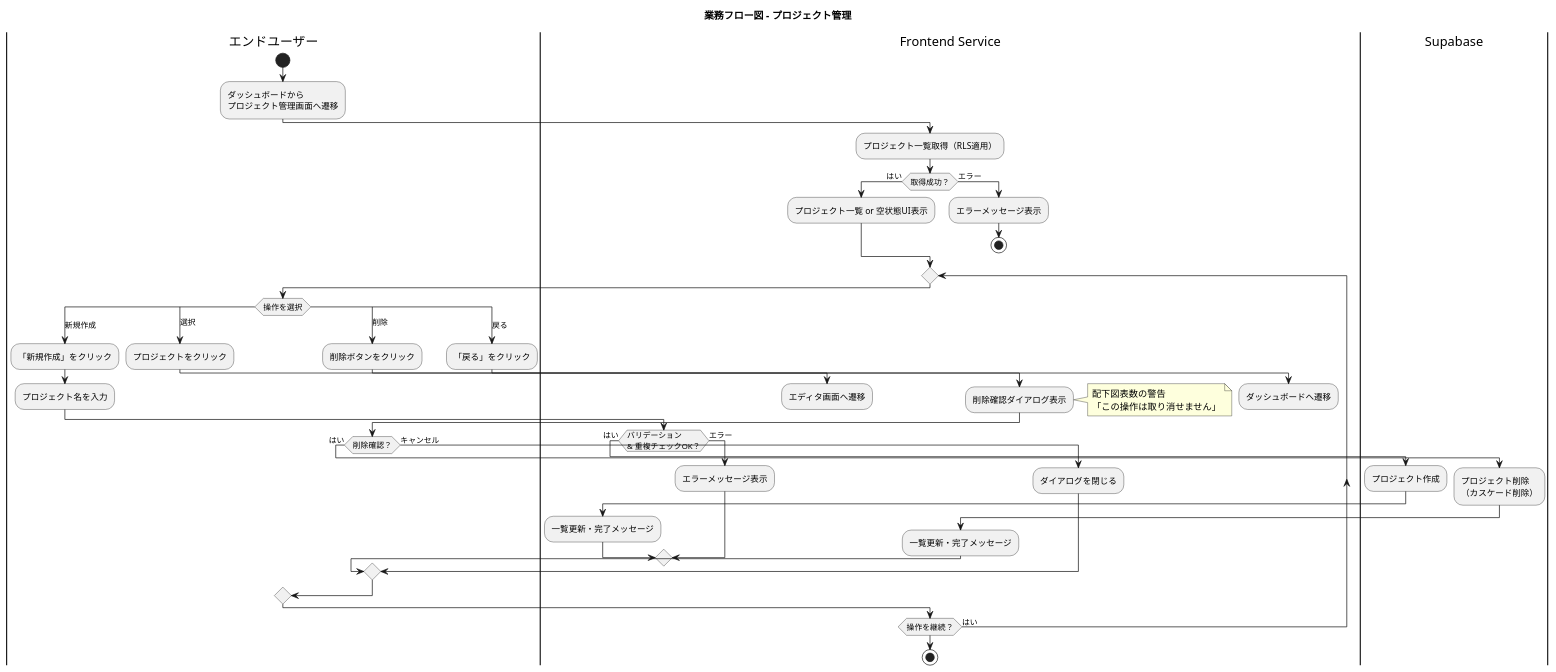
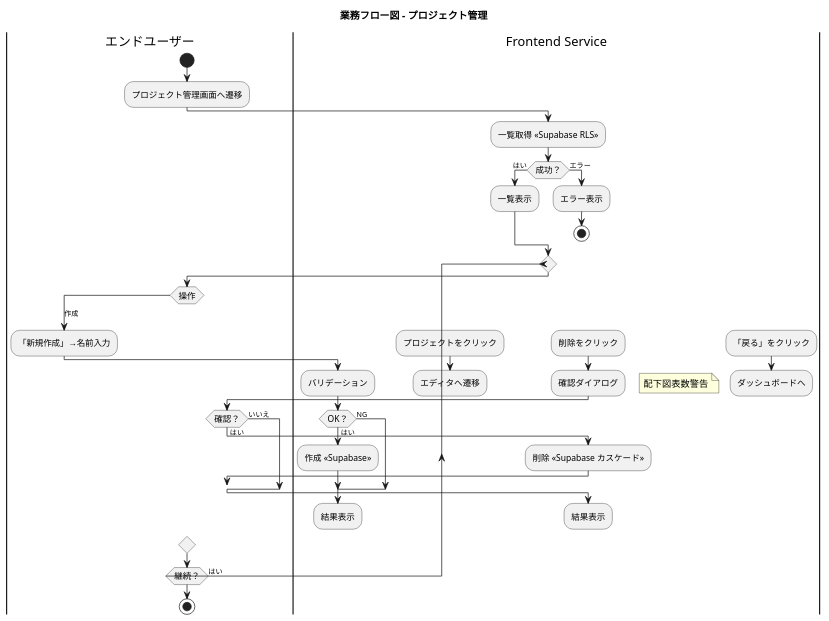
The fifth of 5 diagrams in docs/proposals/PlantUML_Studio_業務フロー図_20251201.md (yoshiwo3/PlantUML2_Opus4.5), drawn with PlantUML before and after one commit.

Commit message:
style(3.5): PlantUML視認性テクニックをフル活用
## 適用テクニック
- skinparam linetype ortho: 直角線のみ（斜め線排除）
- skinparam ConditionEndStyle hline: if終端を水平線化
- skinparam ActivityFontSize/ArrowFontSize: サイズ最適化
- Supabaseスイムレーン削除 → <<Supabase>>ステレオタイプ
- floating note: ノート配置最適化
- 空else分岐: 線の合流単純化

## 改善結果
- スイムレーン数: 3 → 2 (-33%)
- 水平遷移回数: 12 → 6 (-50%)
- 行数: 78 → 64 (-18%)
- 斜め接続線: 排除
- ダイヤモンド終端: 排除

🤖 Generated with [Claude Code](https://claude.com/claude-code)

````diff
--- a/docs/proposals/PlantUML_Studio_業務フロー図_20251201.md
+++ b/docs/proposals/PlantUML_Studio_業務フロー図_20251201.md
@@ -590,80 +590,66 @@
 ```plantuml
 @startuml business_flow_project_management
+skinparam linetype ortho
+skinparam ConditionEndStyle hline
+skinparam ActivityFontSize 12
+skinparam ArrowFontSize 10
+
 title 業務フロー図 - プロジェクト管理
 
 |エンドユーザー|
 start
-:ダッシュボードから\nプロジェクト管理画面へ遷移;
+:プロジェクト管理画面へ遷移;
 
 |Frontend Service|
-:プロジェクト一覧取得（RLS適用）;
+:一覧取得 <<Supabase RLS>>;
 
-if (取得成功？) then (はい)
-  :プロジェクト一覧 or 空状態UI表示;
+if (成功？) then (はい)
+  :一覧表示;
 else (エラー)
-  :エラーメッセージ表示;
+  :エラー表示;
   stop
 endif
 
 repeat
+|エンドユーザー|
+switch (操作)
+case (作成)
+  :「新規作成」→名前入力;
+  |Frontend Service|
+  :バリデーション;
+  if (OK？) then (はい)
+    :作成 <<Supabase>>;
+  else (NG)
+  endif
+  :結果表示;
+case (選択)
+  :プロジェクトをクリック;
+  |Frontend Service|
+  :エディタへ遷移;
+  detach
+case (削除)
+  :削除をクリック;
+  |Frontend Service|
+  :確認ダイアログ;
+  floating note right: 配下図表数警告
   |エンドユーザー|
-  switch (操作を選択)
-
-  case (新規作成)
-    |エンドユーザー|
-    :「新規作成」をクリック;
-    :プロジェクト名を入力;
-
+  if (確認？) then (はい)
     |Frontend Service|
-    if (バリデーション\n& 重複チェックOK？) then (はい)
-      |Supabase|
-      :プロジェクト作成;
-      |Frontend Service|
-      :一覧更新・完了メッセージ;
-    else (エラー)
-      :エラーメッセージ表示;
-    endif
-
-  case (選択)
-    |エンドユーザー|
-    :プロジェクトをクリック;
-    |Frontend Service|
-    :エディタ画面へ遷移;
-    detach
-
-  case (削除)
-    |エンドユーザー|
-    :削除ボタンをクリック;
-
-    |Frontend Service|
-    :削除確認ダイアログ表示;
-    note right
-      配下図表数の警告
-      「この操作は取り消せません」
-    end note
-
-    |エンドユーザー|
-    if (削除確認？) then (はい)
-      |Supabase|
-      :プロジェクト削除\n（カスケード削除）;
-      |Frontend Service|
-      :一覧更新・完了メッセージ;
-    else (キャンセル)
-      |Frontend Service|
-      :ダイアログを閉じる;
-    endif
-
-  case (戻る)
-    |エンドユーザー|
-    :「戻る」をクリック;
-    |Frontend Service|
-    :ダッシュボードへ遷移;
-    detach
-
-  endswitch
-repeat while (操作を継続？) is (はい)
+    :削除 <<Supabase カスケード>>;
+  else (いいえ)
+  endif
+  |Frontend Service|
+  :結果表示;
+case (戻る)
+  :「戻る」をクリック;
+  |Frontend Service|
+  :ダッシュボードへ;
+  detach
+endswitch
+|エンドユーザー|
+repeat while (継続？) is (はい)
 
 stop
 
 @enduml
 ```
````
